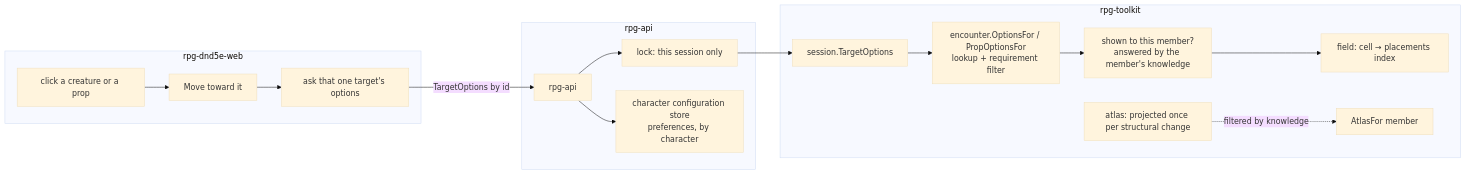
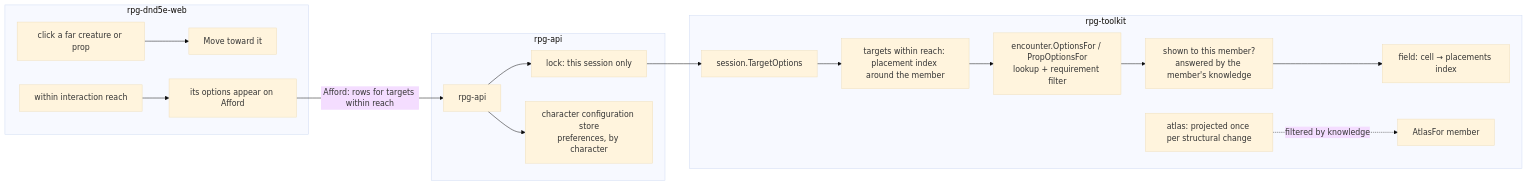
One commit to KirkDiggler/rpg-project changed the diagram in ideas/server-at-scale/design.md. Above: the diagram before and after it, drawn with Mermaid (base theme). The commit also changed other lines of this file and 2 other files, not shown here.

First line of the commit message:
design(server-at-scale): R4 interaction by reach (3 hexes, automatic like a discovery check); no TargetOptions RPC

````diff
--- a/ideas/server-at-scale/design.md
+++ b/ideas/server-at-scale/design.md
@@ -10,19 +10,20 @@
 ```mermaid
 flowchart LR
     subgraph web [rpg-dnd5e-web]
-        Click[click a creature or a prop] --> Approach[Move toward it]
-        Approach --> Ask[ask that one target's options]
+        Click[click a far creature or prop] --> Approach[Move toward it]
+        Near[within interaction reach] --> Menu[its options appear on Afford]
     end
-    Ask -->|TargetOptions by id| api[rpg-api]
+    Menu -->|Afford: rows for targets within reach| api[rpg-api]
     subgraph api_ [rpg-api]
         api --> Lock[lock: this session only]
         api --> Prefs[character configuration store<br/>preferences, by character]
     end
     Lock --> Session[session.TargetOptions]
     subgraph toolkit [rpg-toolkit]
-        Session --> Options[encounter.OptionsFor / PropOptionsFor<br/>lookup + requirement filter]
+        Session --> Near2[targets within reach: placement index around the member]
+        Near2 --> Options[encounter.OptionsFor / PropOptionsFor<br/>lookup + requirement filter]
         Options --> Shown[shown to this member?<br/>answered by the member's knowledge]
         Shown --> Index[field: cell → placements index]
         Atlas[atlas: projected once per structural change] -.filtered by knowledge.-> AtlasFor[AtlasFor member]
     end
 ```
````
